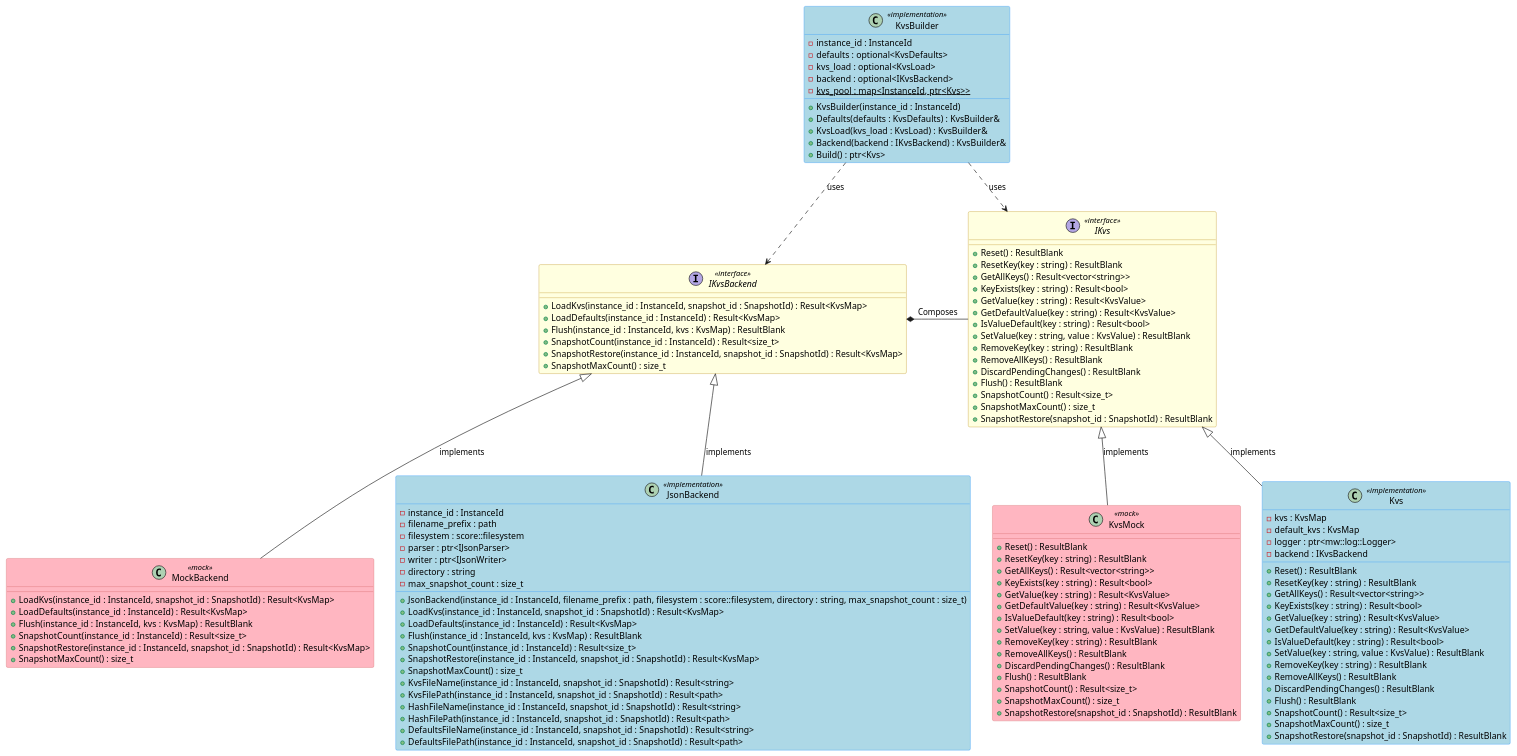
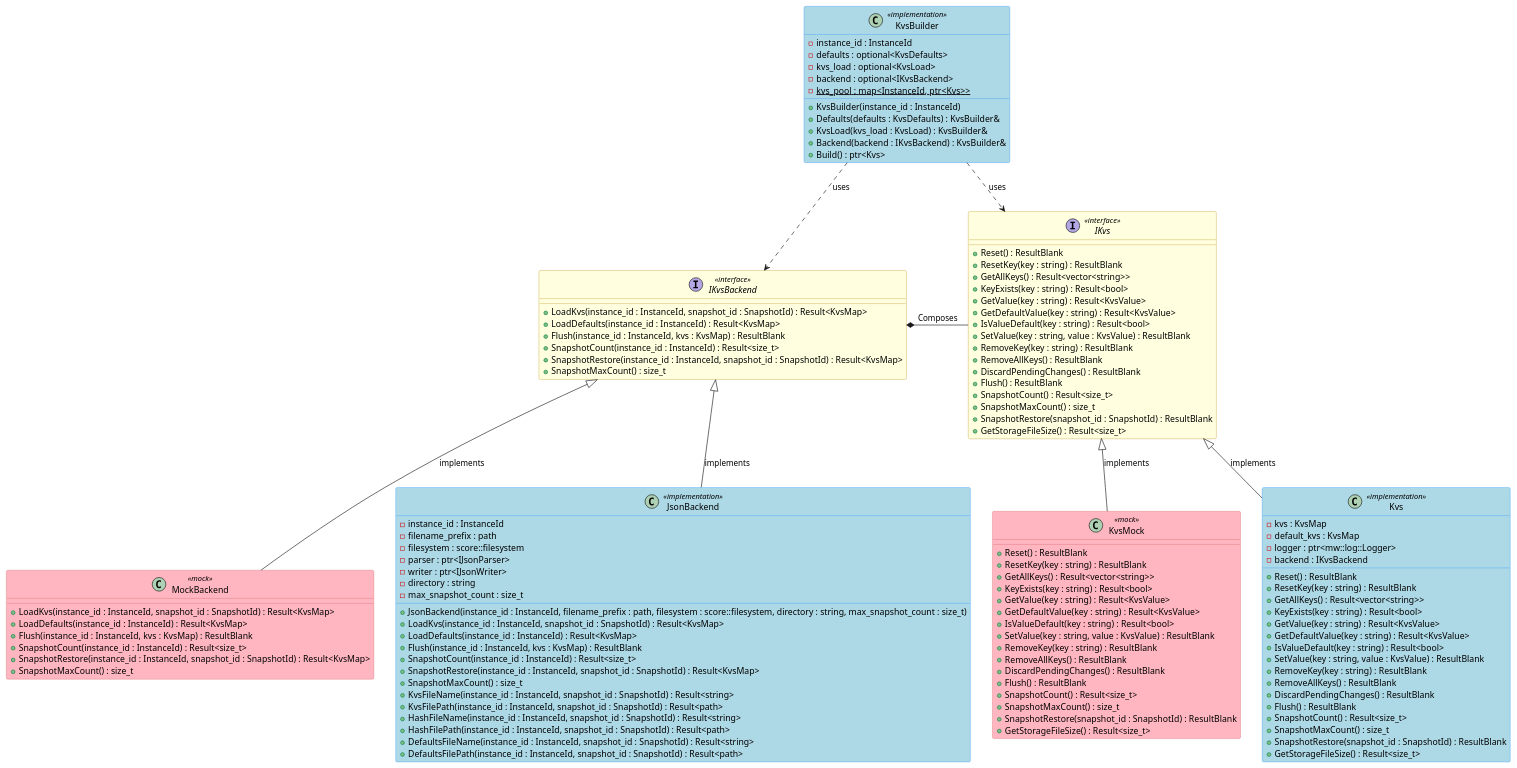
The diagram in score/kvs/docs/detailed_design/class_diagram_cpp.puml (Ahmed-Elsaka-JC/persistency), drawn with PlantUML before and after one commit. The commit also changed 4 other files, not shown here.

First line of the commit message:
adding storage file size api

```diff
--- a/score/kvs/docs/detailed_design/class_diagram_cpp.puml
+++ b/score/kvs/docs/detailed_design/class_diagram_cpp.puml
@@ -14,143 +14,146 @@
 @startuml ScorePersistencyKvsDesign
 
 skinparam class {
     BackgroundColor<<interface>> LightYellow
     BorderColor<<interface>> DarkGoldenRod
     BackgroundColor<<implementation>> LightBlue
     BorderColor<<implementation>> DodgerBlue
     BackgroundColor<<mock>> LightPink
     BorderColor<<mock>> IndianRed
 }
 
 class KvsBuilder <<implementation>> {
     - instance_id : InstanceId
     - defaults : optional<KvsDefaults>
     - kvs_load : optional<KvsLoad>
     - backend : optional<IKvsBackend>
     - {static} kvs_pool : map<InstanceId, ptr<Kvs>>
     __
     + KvsBuilder(instance_id : InstanceId)
     + Defaults(defaults : KvsDefaults) : KvsBuilder&
     + KvsLoad(kvs_load : KvsLoad) : KvsBuilder&
     + Backend(backend : IKvsBackend) : KvsBuilder&
     + Build() : ptr<Kvs>
 }
 
 interface IKvsBackend <<interface>> {
     + LoadKvs(instance_id : InstanceId, snapshot_id : SnapshotId) : Result<KvsMap>
     + LoadDefaults(instance_id : InstanceId) : Result<KvsMap>
     + Flush(instance_id : InstanceId, kvs : KvsMap) : ResultBlank
     + SnapshotCount(instance_id : InstanceId) : Result<size_t>
     + SnapshotRestore(instance_id : InstanceId, snapshot_id : SnapshotId) : Result<KvsMap>
     + SnapshotMaxCount() : size_t
 }
 
 interface IKvs <<interface>> {
     + Reset() : ResultBlank
     + ResetKey(key : string) : ResultBlank
     + GetAllKeys() : Result<vector<string>>
     + KeyExists(key : string) : Result<bool>
     + GetValue(key : string) : Result<KvsValue>
     + GetDefaultValue(key : string) : Result<KvsValue>
     + IsValueDefault(key : string) : Result<bool>
     + SetValue(key : string, value : KvsValue) : ResultBlank
     + RemoveKey(key : string) : ResultBlank
     + RemoveAllKeys() : ResultBlank
     + DiscardPendingChanges() : ResultBlank
     + Flush() : ResultBlank
     + SnapshotCount() : Result<size_t>
     + SnapshotMaxCount() : size_t
     + SnapshotRestore(snapshot_id : SnapshotId) : ResultBlank
+    + GetStorageFileSize() : Result<size_t>
 }
 
 IKvsBackend -[hidden]right- IKvs
 MockBackend -[hidden]right- JsonBackend
 JsonBackend -[hidden]right- KvsMock
 KvsMock  -[hidden]right- Kvs
 
 class MockBackend <<mock>> {
     + LoadKvs(instance_id : InstanceId, snapshot_id : SnapshotId) : Result<KvsMap>
     + LoadDefaults(instance_id : InstanceId) : Result<KvsMap>
     + Flush(instance_id : InstanceId, kvs : KvsMap) : ResultBlank
     + SnapshotCount(instance_id : InstanceId) : Result<size_t>
     + SnapshotRestore(instance_id : InstanceId, snapshot_id : SnapshotId) : Result<KvsMap>
     + SnapshotMaxCount() : size_t
 }
 
 class JsonBackend <<implementation>> {
     - instance_id : InstanceId
     - filename_prefix : path
     - filesystem : score::filesystem
     - parser : ptr<IJsonParser>
     - writer : ptr<IJsonWriter>
     - directory : string
     - max_snapshot_count : size_t
     __
     + JsonBackend(instance_id : InstanceId, filename_prefix : path, filesystem : score::filesystem, directory : string, max_snapshot_count : size_t)
     + LoadKvs(instance_id : InstanceId, snapshot_id : SnapshotId) : Result<KvsMap>
     + LoadDefaults(instance_id : InstanceId) : Result<KvsMap>
     + Flush(instance_id : InstanceId, kvs : KvsMap) : ResultBlank
     + SnapshotCount(instance_id : InstanceId) : Result<size_t>
     + SnapshotRestore(instance_id : InstanceId, snapshot_id : SnapshotId) : Result<KvsMap>
     + SnapshotMaxCount() : size_t
     + KvsFileName(instance_id : InstanceId, snapshot_id : SnapshotId) : Result<string>
     + KvsFilePath(instance_id : InstanceId, snapshot_id : SnapshotId) : Result<path>
     + HashFileName(instance_id : InstanceId, snapshot_id : SnapshotId) : Result<string>
     + HashFilePath(instance_id : InstanceId, snapshot_id : SnapshotId) : Result<path>
     + DefaultsFileName(instance_id : InstanceId, snapshot_id : SnapshotId) : Result<string>
     + DefaultsFilePath(instance_id : InstanceId, snapshot_id : SnapshotId) : Result<path>
 }
 
 class KvsMock  <<mock>> {
     + Reset() : ResultBlank
     + ResetKey(key : string) : ResultBlank
     + GetAllKeys() : Result<vector<string>>
     + KeyExists(key : string) : Result<bool>
     + GetValue(key : string) : Result<KvsValue>
     + GetDefaultValue(key : string) : Result<KvsValue>
     + IsValueDefault(key : string) : Result<bool>
     + SetValue(key : string, value : KvsValue) : ResultBlank
     + RemoveKey(key : string) : ResultBlank
     + RemoveAllKeys() : ResultBlank
     + DiscardPendingChanges() : ResultBlank
     + Flush() : ResultBlank
     + SnapshotCount() : Result<size_t>
     + SnapshotMaxCount() : size_t
     + SnapshotRestore(snapshot_id : SnapshotId) : ResultBlank
+    + GetStorageFileSize() : Result<size_t>
 }
 
 class Kvs <<implementation>> {
     - kvs : KvsMap
     - default_kvs : KvsMap
     - logger : ptr<mw::log::Logger>
     - backend : IKvsBackend
     __
     + Reset() : ResultBlank
     + ResetKey(key : string) : ResultBlank
     + GetAllKeys() : Result<vector<string>>
     + KeyExists(key : string) : Result<bool>
     + GetValue(key : string) : Result<KvsValue>
     + GetDefaultValue(key : string) : Result<KvsValue>
     + IsValueDefault(key : string) : Result<bool>
     + SetValue(key : string, value : KvsValue) : ResultBlank
     + RemoveKey(key : string) : ResultBlank
     + RemoveAllKeys() : ResultBlank
     + DiscardPendingChanges() : ResultBlank
     + Flush() : ResultBlank
     + SnapshotCount() : Result<size_t>
     + SnapshotMaxCount() : size_t
     + SnapshotRestore(snapshot_id : SnapshotId) : ResultBlank
+    + GetStorageFileSize() : Result<size_t>
 }
 
 ' Relationships
 MockBackend -up-|> IKvsBackend : implements
 JsonBackend -up-|> IKvsBackend : implements
 KvsMock  -up-|> IKvs : implements
 Kvs -up-|> IKvs : implements
 
 ' Dependencies
 KvsBuilder ..> IKvsBackend : uses
 KvsBuilder ..> IKvs : uses
 IKvsBackend *-- IKvs : Composes
 
 @enduml
```
